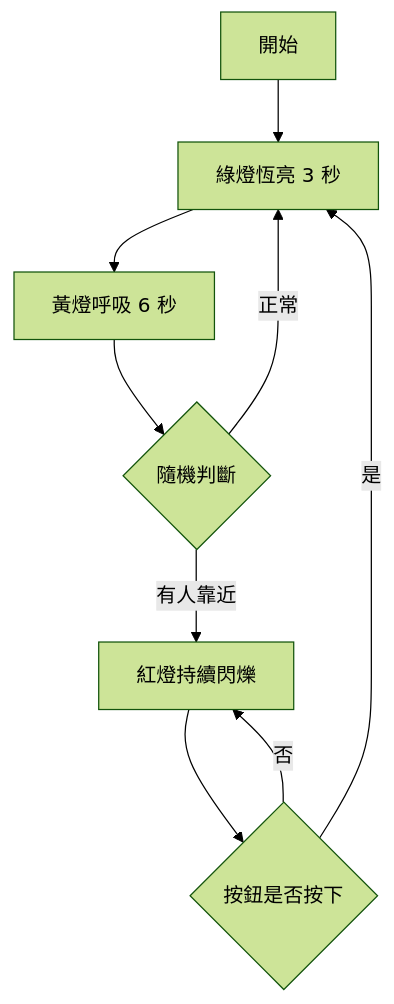
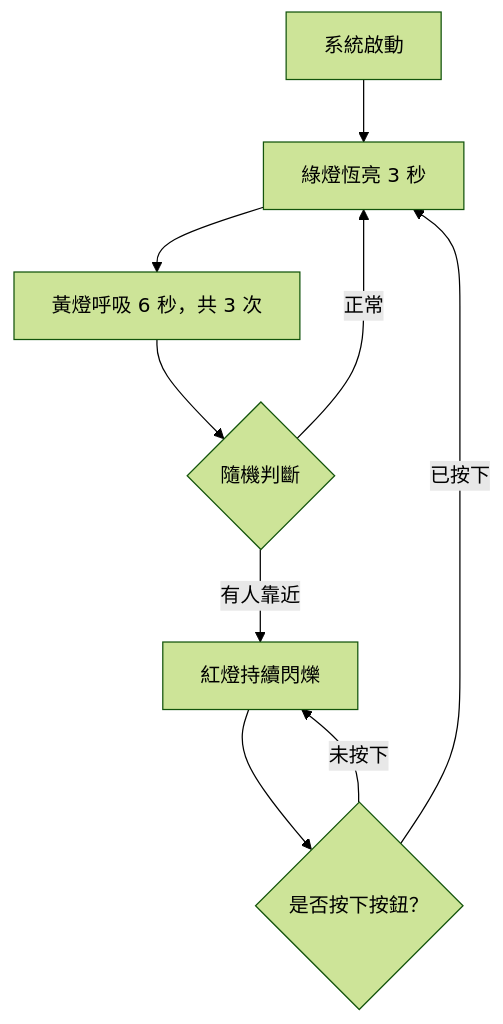
One commit to itsHao7916/STM32-LED-Smart-System-test changed the diagram in README.md. Above: the diagram before and after it, drawn with Mermaid (forest theme). The commit also changed other lines of this file, not shown here.

````diff
--- a/README.md
+++ b/README.md
@@ -113,11 +107,11 @@
 ```mermaid
 flowchart TD
-    A[開始] --> B[綠燈恆亮 3 秒]
-    B --> C[黃燈呼吸 6 秒]
-    C --> D{隨機判斷}
+    A["系統啟動"] --> B["綠燈恆亮 3 秒"]
+    B --> C["黃燈呼吸 6 秒，共 3 次"]
+    C --> D{"隨機判斷"}
     D -->|正常| B
-    D -->|有人靠近| E[紅燈持續閃爍]
-    E --> F{按鈕是否按下}
-    F -->|是| B
-    F -->|否| E
+    D -->|有人靠近| E["紅燈持續閃爍"]
+    E --> F{"是否按下按鈕？"}
+    F -->|已按下| B
+    F -->|未按下| E
 ```
````
